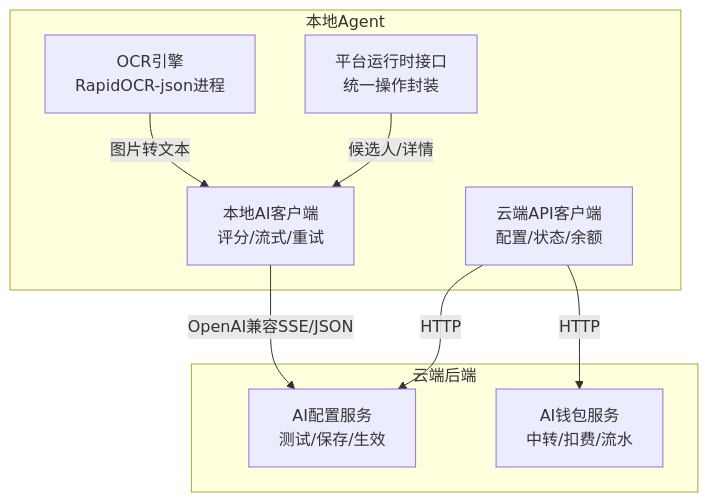
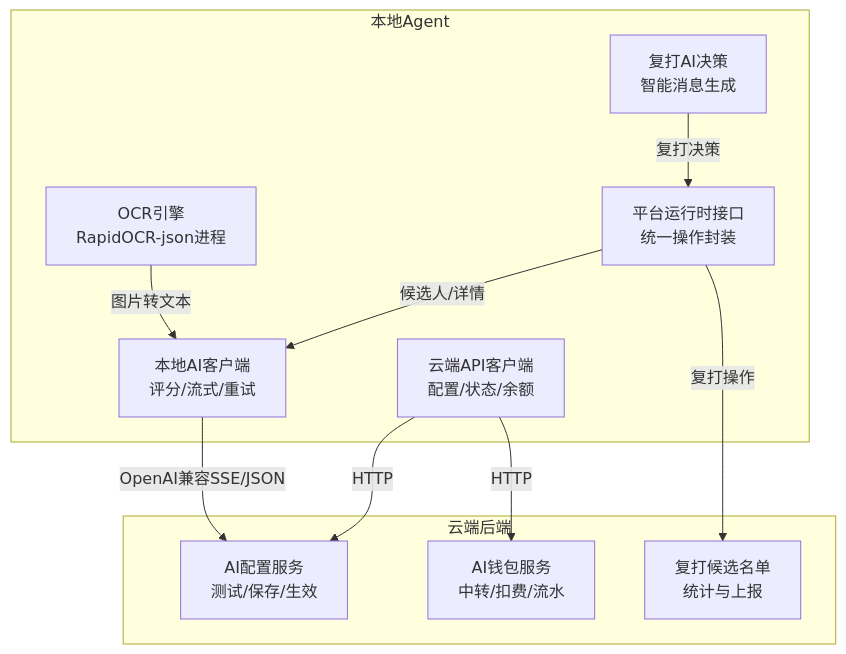
Before and after one commit to alvinwangzi/goodhr: the first of 8 diagrams in .qoder/repowiki/zh/content/本地执行器/AI集成/AI集成.md, drawn with Mermaid. The commit also changed other lines of this file and 91 other files, not shown here.

````diff
--- a/.qoder/repowiki/zh/content/本地执行器/AI集成/AI集成.md
+++ b/.qoder/repowiki/zh/content/本地执行器/AI集成/AI集成.md
@@ -36,18 +47,22 @@
 ```mermaid
 graph TB
 subgraph "本地Agent"
 A["本地AI客户端<br/>评分/流式/重试"]
 B["OCR引擎<br/>RapidOCR-json进程"]
 C["平台运行时接口<br/>统一操作封装"]
 D["云端API客户端<br/>配置/状态/余额"]
+E["复打AI决策<br/>智能消息生成"]
 end
 subgraph "云端后端"
-E["AI配置服务<br/>测试/保存/生效"]
-F["AI钱包服务<br/>中转/扣费/流水"]
+F["AI配置服务<br/>测试/保存/生效"]
+G["AI钱包服务<br/>中转/扣费/流水"]
+H["复打候选名单<br/>统计与上报"]
 end
-A --> |OpenAI兼容SSE/JSON| E
+A --> |OpenAI兼容SSE/JSON| F
 B --> |图片转文本| A
 C --> |候选人/详情| A
-D --> |HTTP| E
 D --> |HTTP| F
+D --> |HTTP| G
+E --> |复打决策| C
+C --> |复打操作| H
 ```
````
